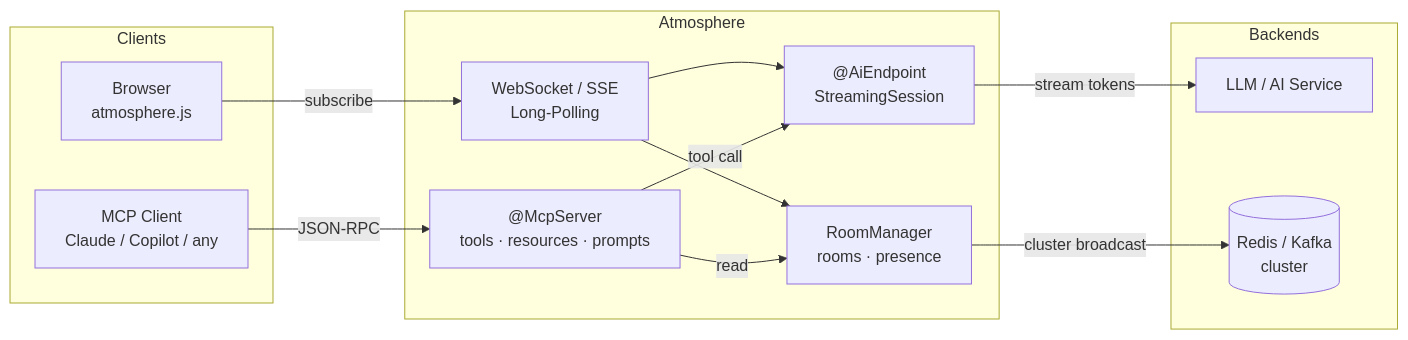
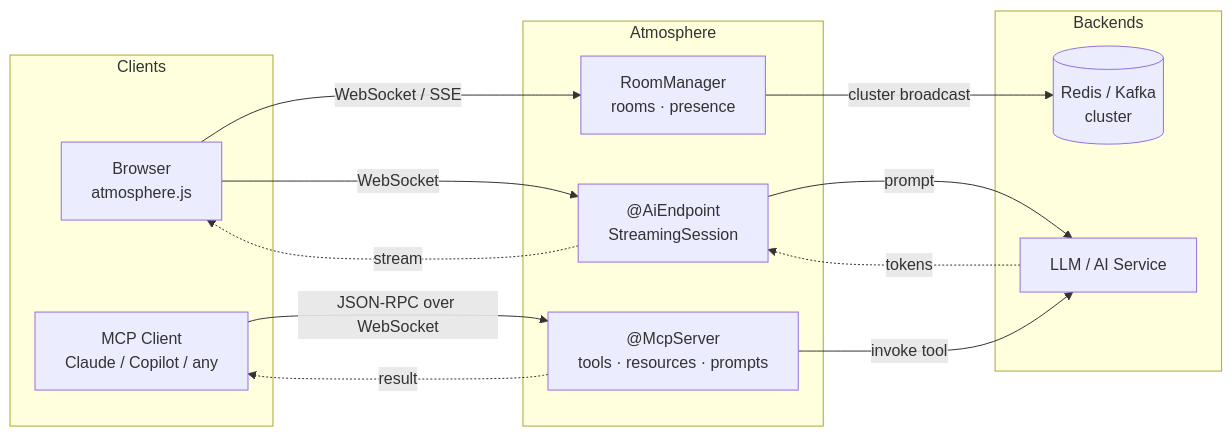
The diagram in README.md (Atmosphere/atmosphere), drawn with Mermaid before and after one commit.

Commit message:
docs: fix Mermaid diagram to show correct message flow

````diff
--- a/README.md
+++ b/README.md
@@ -40,29 +40,29 @@
 ```mermaid
 graph LR
     subgraph Clients
         B[Browser<br/>atmosphere.js]
         M[MCP Client<br/>Claude / Copilot / any]
     end
 
     subgraph Atmosphere
-        WS[WebSocket / SSE<br/>Long-Polling]
+        RM[RoomManager<br/>rooms · presence]
+        AI["@AiEndpoint<br/>StreamingSession"]
         MCP["@McpServer<br/>tools · resources · prompts"]
-        AI["@AiEndpoint<br/>StreamingSession"]
-        RM[RoomManager<br/>rooms · presence]
     end
 
     subgraph Backends
         LLM[LLM / AI Service]
         CL[(Redis / Kafka<br/>cluster)]
     end
 
-    B  -- subscribe --> WS
-    WS --> RM
-    WS --> AI
-    AI -- stream tokens --> LLM
+    B -- WebSocket / SSE --> RM
+    B -- WebSocket --> AI
+    AI -- prompt --> LLM
+    LLM -. tokens .-> AI
+    AI -. stream .-> B
     RM -- cluster broadcast --> CL
 
-    M -- JSON-RPC --> MCP
-    MCP -- tool call --> AI
-    MCP -- read --> RM
+    M -- JSON-RPC over WebSocket --> MCP
+    MCP -- invoke tool --> LLM
+    MCP -. result .-> M
 ```
````
